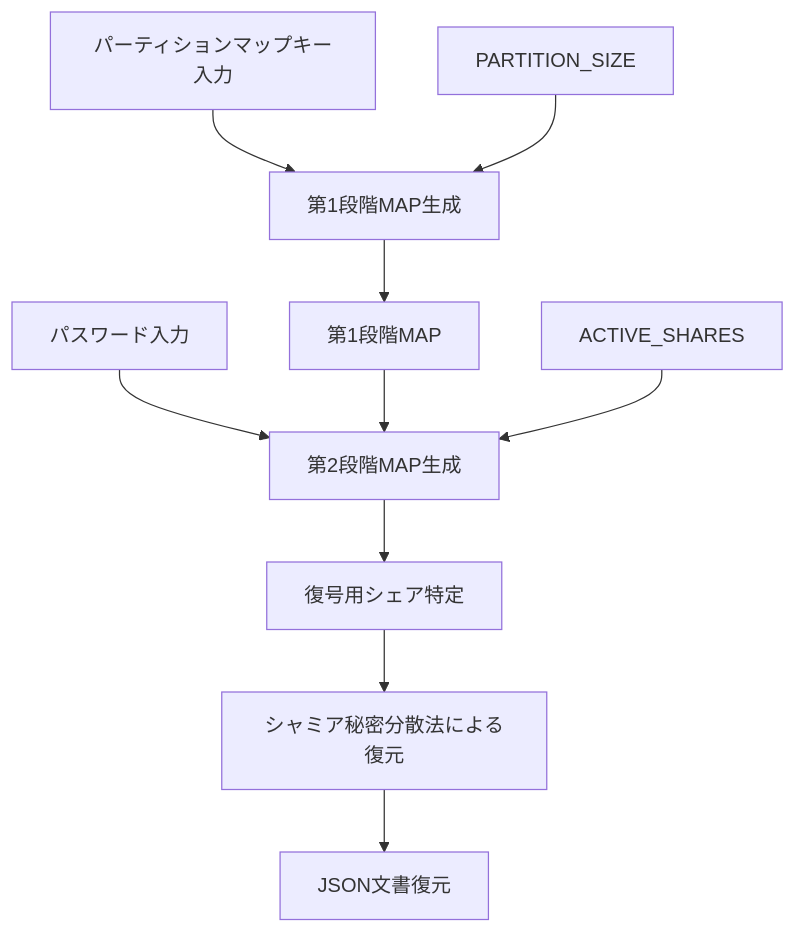
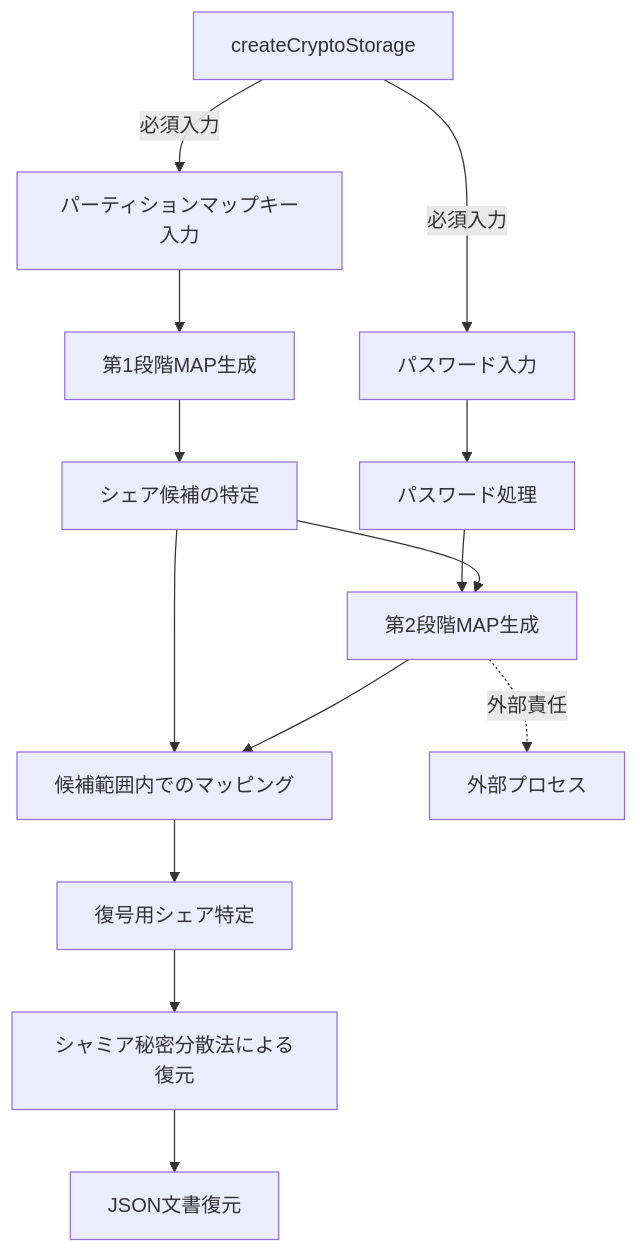
The second of 2 diagrams in method_13_shamir_multi_plaintext_system/design/02_architecture.md (pacific-system/secret-sharing-demos-20250510), drawn with Mermaid before and after one commit. The commit also changed other lines of this file and 10 other files, not shown here.

````diff
--- a/method_13_shamir_multi_plaintext_system/design/02_architecture.md
+++ b/method_13_shamir_multi_plaintext_system/design/02_architecture.md
@@ -191,12 +109,18 @@
 ```mermaid
 graph TD
-    A[パーティションマップキー入力] --> B[第1段階MAP生成]
-    PS[PARTITION_SIZE] --> B
-    B --> E[第1段階MAP]
-    C[パスワード入力] --> D[第2段階MAP生成]
+    Z[createCryptoStorage] --> |必須入力|A[パーティションマップキー入力]
+    Z --> |必須入力|C[パスワード入力]
+    A --> B[第1段階MAP生成]
+    B --> E[シェア候補の特定]
+    C --> CP[パスワード処理]
+    CP --> D[第2段階MAP生成]
     E --> D
-    AS[ACTIVE_SHARES] --> D
-    D --> G[復号用シェア特定]
+    E --> F[候補範囲内でのマッピング]
+    D --> F
+    F --> G[復号用シェア特定]
     G --> H[シャミア秘密分散法による復元]
     H --> I[JSON文書復元]
+
+    %% 第2段階MAP生成はcreateCryptoStorageプロセスの外部の責任
+    D -.-> |外部責任| X[外部プロセス]
 ```
````
